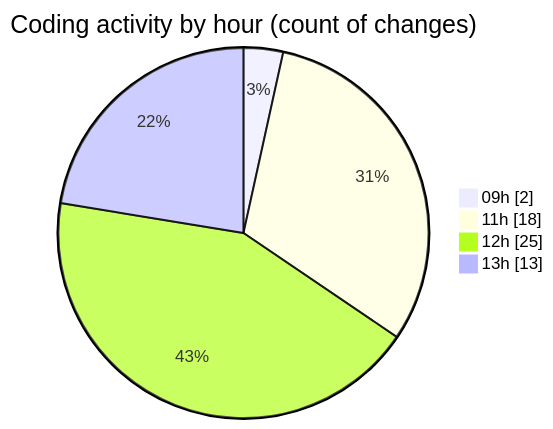
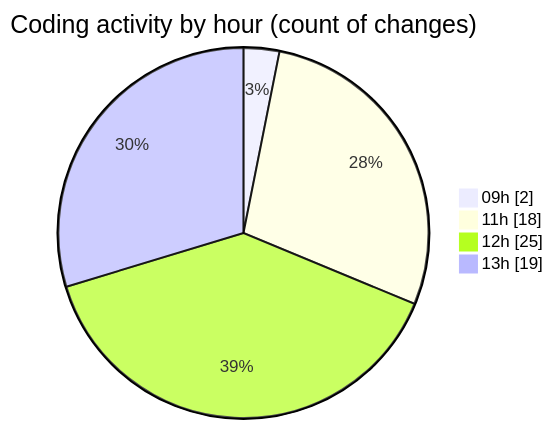
The second of 2 diagrams in 2025-06-30/cda/README.md (momahboobian/code-tracking), drawn with Mermaid before and after one commit. The commit also changed other lines of this file and 1 other file, not shown here.

````diff
--- a/2025-06-30/cda/README.md
+++ b/2025-06-30/cda/README.md
@@ -50,8 +50,8 @@
 ```mermaid
 pie showData
 title Coding activity by hour (count of changes)
 "09h" : 2
 "11h" : 18
 "12h" : 25
-"13h" : 13
+"13h" : 19
 ```
````
